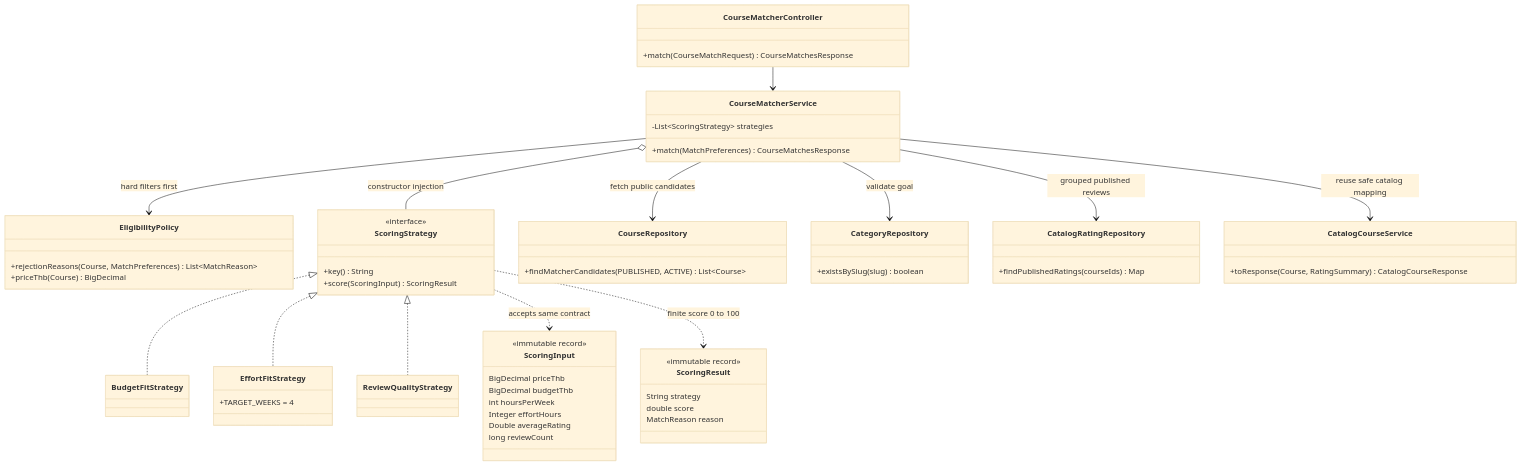
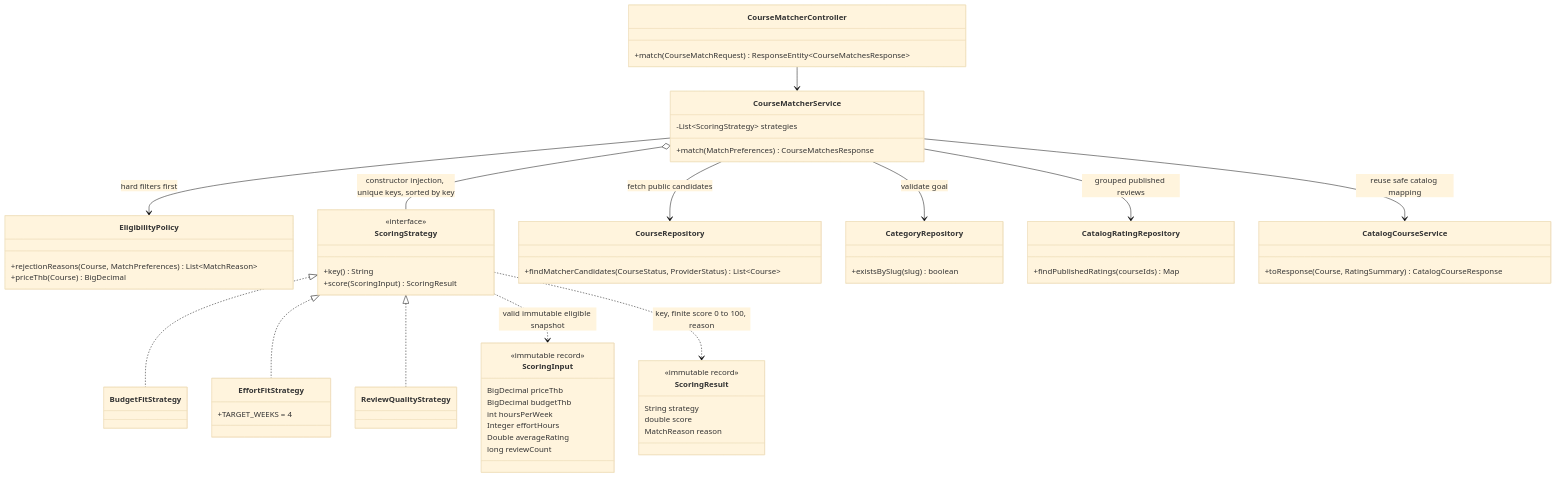
One commit to poohlikung/GROUP36_CourseRecommend changed the diagram in doc/diagrams/matcher-strategy-class.mmd. Above: the diagram before and after it, drawn with Mermaid (base theme). The commit also changed 2 other files, not shown here.

Commit message:
feat(task21): จัดทำ diagrams Course Matcher

```diff
--- a/doc/diagrams/matcher-strategy-class.mmd
+++ b/doc/diagrams/matcher-strategy-class.mmd
@@ -1,61 +1,61 @@
 classDiagram
     class CourseMatcherController {
-        +match(CourseMatchRequest) CourseMatchesResponse
+        +match(CourseMatchRequest) ResponseEntity~CourseMatchesResponse~
     }
     class CourseMatcherService {
         -List~ScoringStrategy~ strategies
         +match(MatchPreferences) CourseMatchesResponse
     }
     class EligibilityPolicy {
         +rejectionReasons(Course, MatchPreferences) List~MatchReason~
         +priceThb(Course) BigDecimal
     }
     class ScoringStrategy {
         <<interface>>
         +key() String
         +score(ScoringInput) ScoringResult
     }
     class BudgetFitStrategy
     class EffortFitStrategy {
         +TARGET_WEEKS = 4
     }
     class ReviewQualityStrategy
     class ScoringInput {
         <<immutable record>>
         BigDecimal priceThb
         BigDecimal budgetThb
         int hoursPerWeek
         Integer effortHours
         Double averageRating
         long reviewCount
     }
     class ScoringResult {
         <<immutable record>>
         String strategy
         double score
         MatchReason reason
     }
     class CourseRepository {
-        +findMatcherCandidates(PUBLISHED, ACTIVE) List~Course~
+        +findMatcherCandidates(CourseStatus, ProviderStatus) List~Course~
     }
     class CategoryRepository {
         +existsBySlug(slug) boolean
     }
     class CatalogRatingRepository {
         +findPublishedRatings(courseIds) Map
     }
     class CatalogCourseService {
         +toResponse(Course, RatingSummary) CatalogCourseResponse
     }
     CourseMatcherController --> CourseMatcherService
     CourseMatcherService --> EligibilityPolicy : hard filters first
-    CourseMatcherService o-- ScoringStrategy : constructor injection
+    CourseMatcherService o-- ScoringStrategy : constructor injection, unique keys, sorted by key
     ScoringStrategy <|.. BudgetFitStrategy
     ScoringStrategy <|.. EffortFitStrategy
     ScoringStrategy <|.. ReviewQualityStrategy
-    ScoringStrategy ..> ScoringInput : accepts same contract
-    ScoringStrategy ..> ScoringResult : finite score 0 to 100
+    ScoringStrategy ..> ScoringInput : valid immutable eligible snapshot
+    ScoringStrategy ..> ScoringResult : key, finite score 0 to 100, reason
     CourseMatcherService --> CourseRepository : fetch public candidates
     CourseMatcherService --> CategoryRepository : validate goal
     CourseMatcherService --> CatalogRatingRepository : grouped published reviews
     CourseMatcherService --> CatalogCourseService : reuse safe catalog mapping
```
